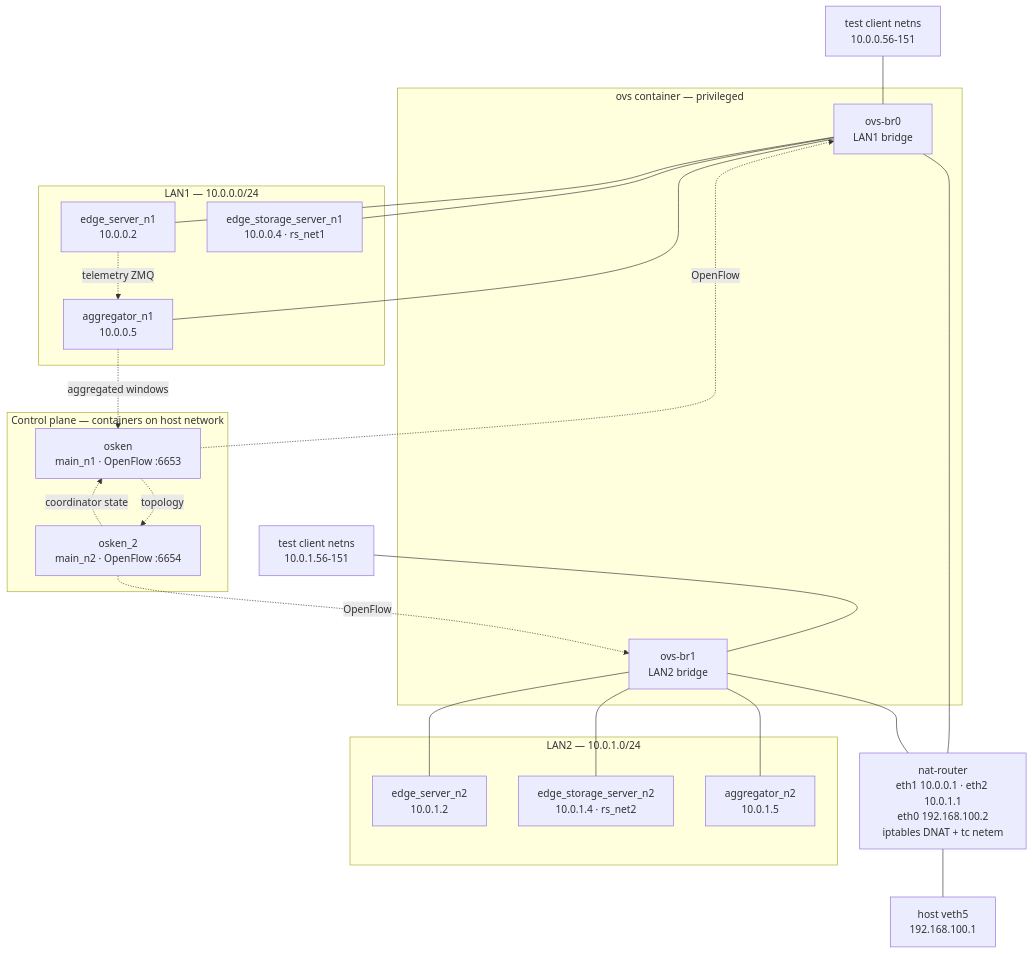
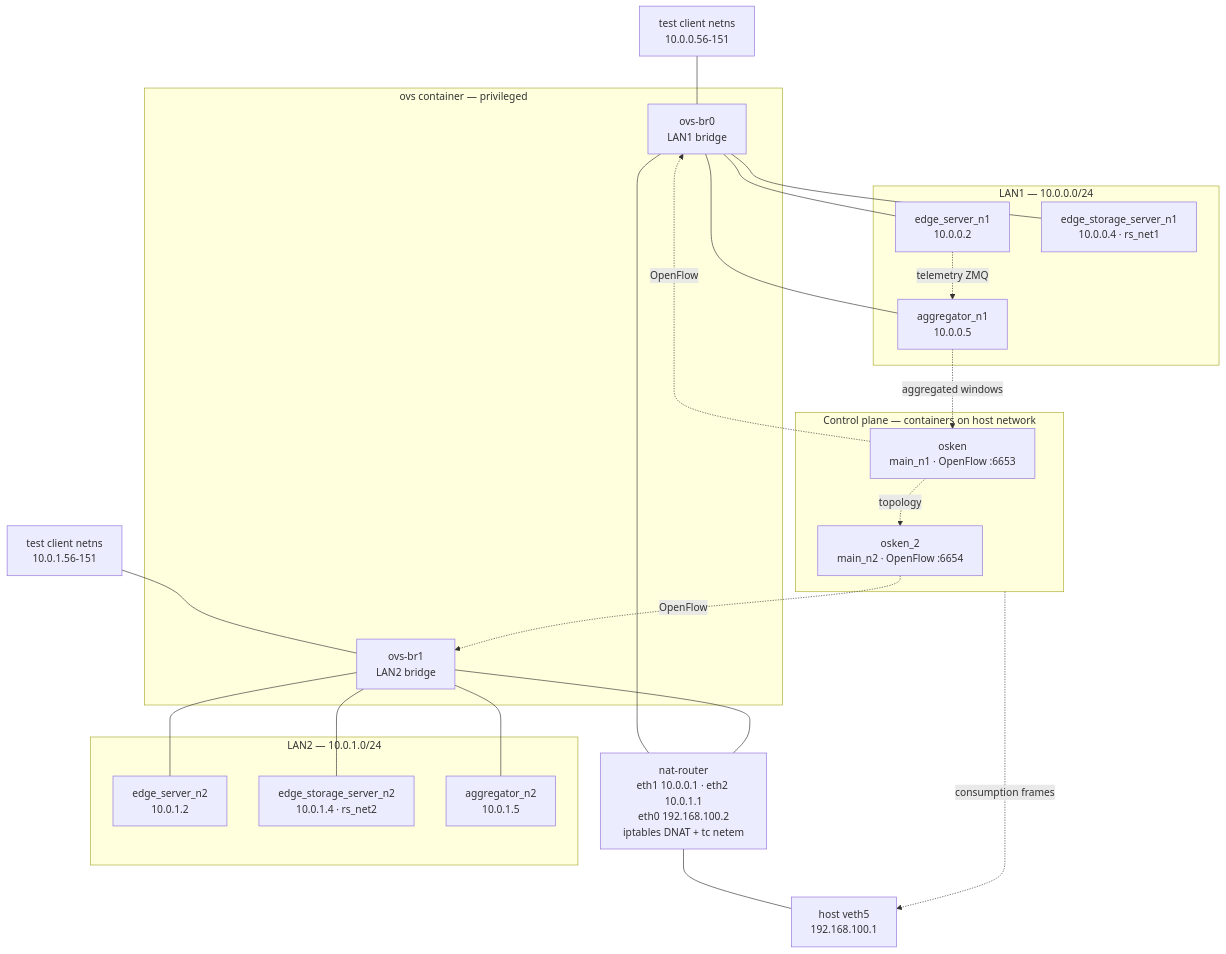
The diagram in docs/architecture.md (poioe20p/edge_service_platform), drawn with Mermaid before and after one commit. The commit also changed other lines of this file and 266 other files, not shown here.

````diff
--- a/docs/architecture.md
+++ b/docs/architecture.md
@@ -13,48 +13,48 @@
 ```mermaid
 graph TB
     CLIENTS1["test client netns<br/>10.0.0.56-151"]
     CLIENTS2["test client netns<br/>10.0.1.56-151"]
 
     subgraph CTRL["Control plane — containers on host network"]
         OSKEN1["osken<br/>main_n1 · OpenFlow :6653"]
         OSKEN2["osken_2<br/>main_n2 · OpenFlow :6654"]
     end
 
     subgraph OVS["ovs container — privileged"]
         BR0["ovs-br0<br/>LAN1 bridge"]
         BR1["ovs-br1<br/>LAN2 bridge"]
     end
 
     ROUTER["nat-router<br/>eth1 10.0.0.1 · eth2 10.0.1.1<br/>eth0 192.168.100.2<br/>iptables DNAT + tc netem"]
     VETH5["host veth5<br/>192.168.100.1"]
 
     subgraph LAN1["LAN1 — 10.0.0.0/24"]
         E1["edge_server_n1<br/>10.0.0.2"]
         S1["edge_storage_server_n1<br/>10.0.0.4 · rs_net1"]
         A1["aggregator_n1<br/>10.0.0.5"]
     end
 
     subgraph LAN2["LAN2 — 10.0.1.0/24"]
         E2["edge_server_n2<br/>10.0.1.2"]
         S2["edge_storage_server_n2<br/>10.0.1.4 · rs_net2"]
         A2["aggregator_n2<br/>10.0.1.5"]
     end
 
     CLIENTS1 --- BR0
     CLIENTS2 --- BR1
     BR0 --- E1
     BR0 --- S1
     BR0 --- A1
     BR1 --- E2
     BR1 --- S2
     BR1 --- A2
     BR0 --- ROUTER
     BR1 --- ROUTER
     ROUTER --- VETH5
     OSKEN1 -. OpenFlow .-> BR0
     OSKEN2 -. OpenFlow .-> BR1
     OSKEN1 -. topology .-> OSKEN2
-    OSKEN2 -. coordinator state .-> OSKEN1
+    CTRL -. consumption frames .-> VETH5
     E1 -. telemetry ZMQ .-> A1
     A1 -. aggregated windows .-> OSKEN1
 ```
````
